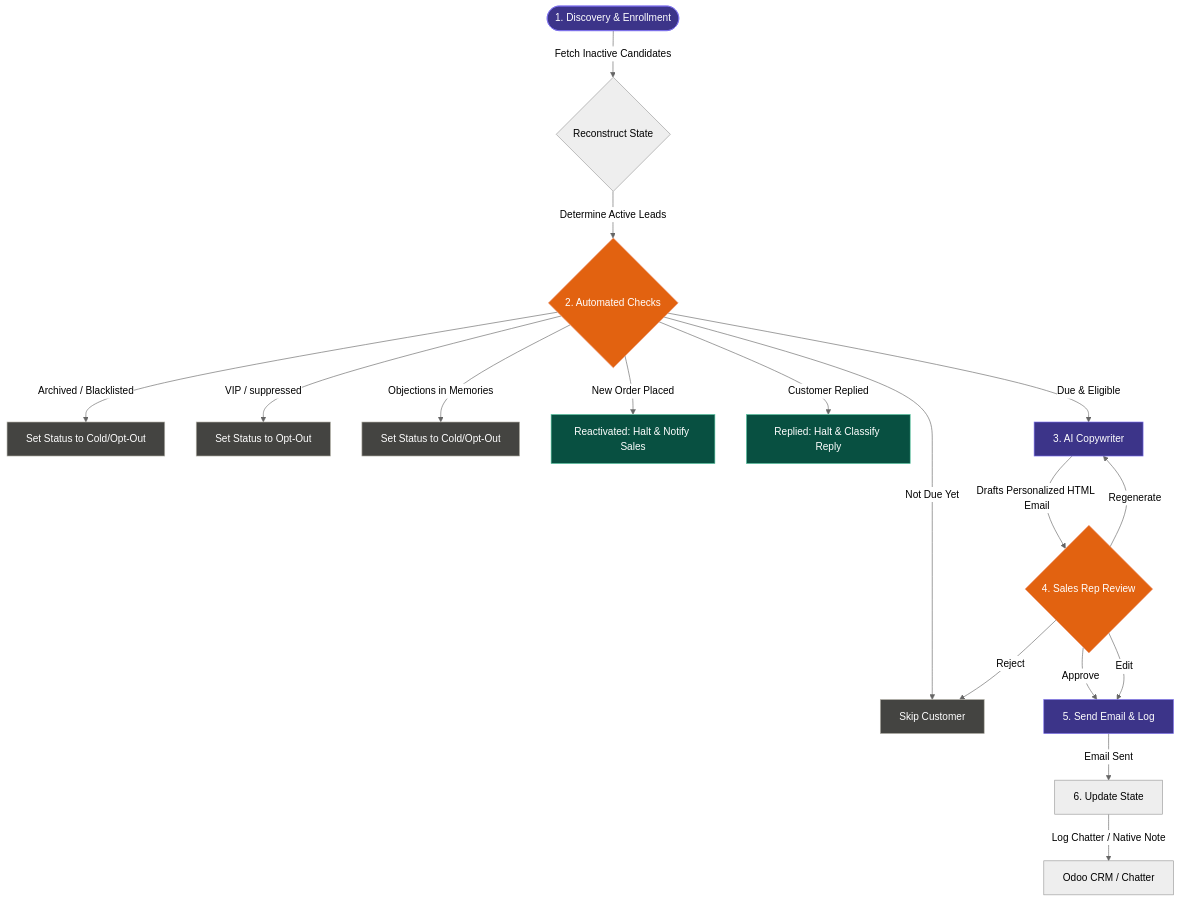
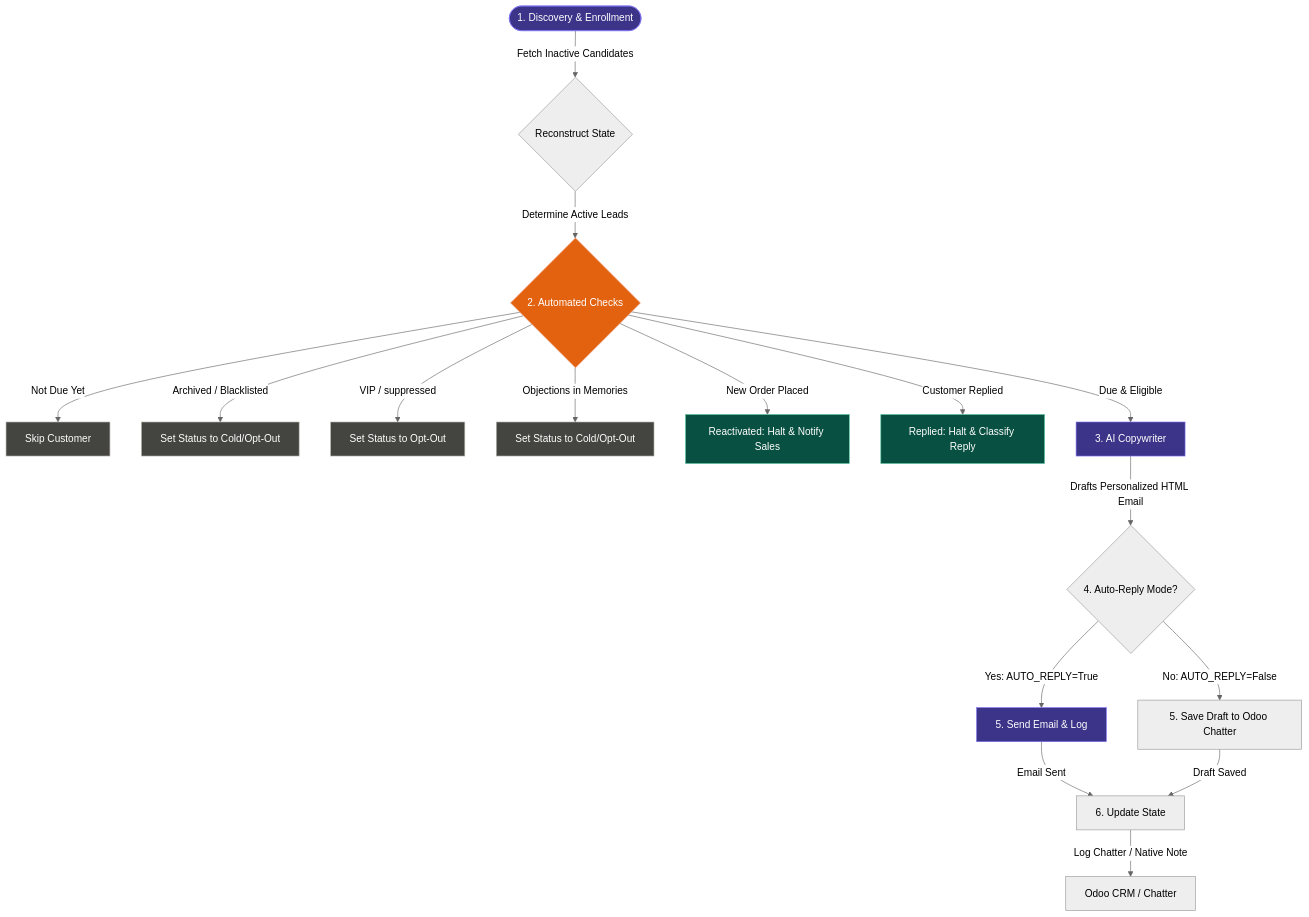
One commit to masabjatoi/odoo-winback-campaign-agent changed the diagram in architecture_guide.md. Above: the diagram before and after it, drawn with Mermaid (neutral theme). The commit also changed other lines of this file and 6 other files, not shown here.

Commit message:
Optimize Win-Back Campaign Agent for automated cron execution: remove redundant AUTO_APPROVE config, CLI HIL pauses, and customer-facing email subject stage tags.

````diff
--- a/architecture_guide.md
+++ b/architecture_guide.md
@@ -11,37 +11,36 @@
 ```mermaid
 graph TD
     %% Discovery Phase
     Start([1. Discovery & Enrollment]) --> |Fetch Inactive Candidates| Candidates{Reconstruct State}
     Candidates --> |Determine Active Leads| Constraints{2. Automated Checks}
 
     %% Automated Checks Phase
     Constraints -->|Not Due Yet| Skip[Skip Customer]
     Constraints -->|Archived / Blacklisted| HaltCold[Set Status to Cold/Opt-Out]
     Constraints -->|VIP / suppressed| HaltSuppressed[Set Status to Opt-Out]
     Constraints -->|Objections in Memories| HaltMemory[Set Status to Cold/Opt-Out]
     Constraints -->|New Order Placed| Reactivated[Reactivated: Halt & Notify Sales]
     Constraints -->|Customer Replied| Reply[Replied: Halt & Classify Reply]
     Constraints -->|Due & Eligible| AICopywriter[3. AI Copywriter]
 
-    %% AI & HIL Approval Phase
-    AICopywriter --> |Drafts Personalized HTML Email| HIL{4. Sales Rep Review}
-    HIL -->|Approve| SendEmail[5. Send Email & Log]
-    HIL -->|Edit| SendEmail
-    HIL -->|Regenerate| AICopywriter
-    HIL -->|Reject| Skip
+    %% Sending & Review Phase
+    AICopywriter -->|Drafts Personalized HTML Email| Route{4. Auto-Reply Mode?}
+    Route -->|Yes: AUTO_REPLY=True| SendEmail[5. Send Email & Log]
+    Route -->|No: AUTO_REPLY=False| SaveDraft[5. Save Draft to Odoo Chatter]
 
     %% Sending & Output Phase
     SendEmail --> |Email Sent| UpdateState[6. Update State]
+    SaveDraft --> |Draft Saved| UpdateState
     UpdateState --> |Log Chatter / Native Note| OdooChatter[Odoo CRM / Chatter]
 
     %% Styles
     classDef main fill:#3c3489,stroke:#7b6fed,color:#fff;
     classDef check fill:#e26210,stroke:#f0997b,color:#fff;
     classDef success fill:#085041,stroke:#5dcaa5,color:#fff;
     classDef skipped fill:#444441,stroke:#b4b2a9,color:#fff;
     
     class Start,AICopywriter,SendEmail main;
-    class Constraints,HIL check;
+    class Constraints check;
     class Reactivated,Reply success;
     class Skip,HaltCold,HaltSuppressed,HaltMemory skipped;
 ```
````
